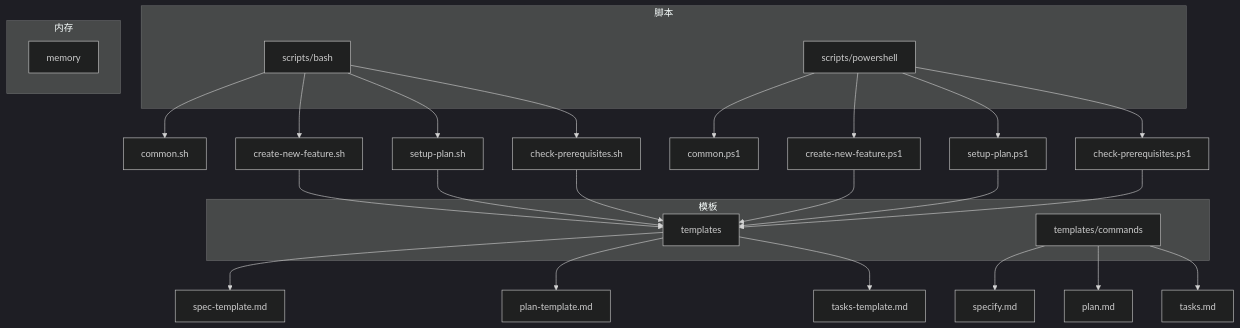
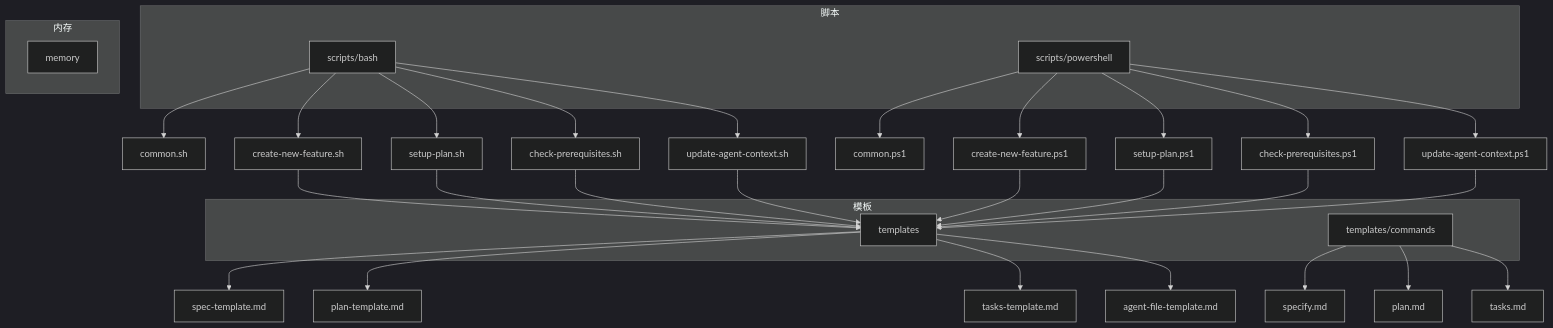
One commit to afanty2021/spec-kit changed the first of 7 diagrams in .qoder/repowiki/zh/content/脚本系统/脚本系统.md. Above: the diagram before and after it, drawn with Mermaid (dark theme). The commit also changed other lines of this file and 18 other files, not shown here.

````diff
--- a/.qoder/repowiki/zh/content/脚本系统/脚本系统.md
+++ b/.qoder/repowiki/zh/content/脚本系统/脚本系统.md
@@ -38,34 +49,39 @@
 ```mermaid
 graph TB
 subgraph "脚本"
 Bash[scripts/bash]
 PowerShell[scripts/powershell]
 end
 subgraph "模板"
 Templates[templates]
 Commands[templates/commands]
 end
 subgraph "内存"
 Memory[memory]
 end
 Bash --> Common[common.sh]
 PowerShell --> CommonPS[common.ps1]
 Bash --> CreateFeature[create-new-feature.sh]
 Bash --> SetupPlan[setup-plan.sh]
 Bash --> CheckPrereq[check-prerequisites.sh]
+Bash --> UpdateAgent[update-agent-context.sh]
 PowerShell --> CreateFeaturePS[create-new-feature.ps1]
 PowerShell --> SetupPlanPS[setup-plan.ps1]
 PowerShell --> CheckPrereqPS[check-prerequisites.ps1]
+PowerShell --> UpdateAgentPS[update-agent-context.ps1]
 Templates --> SpecTemplate[spec-template.md]
 Templates --> PlanTemplate[plan-template.md]
 Templates --> TasksTemplate[tasks-template.md]
+Templates --> AgentTemplate[agent-file-template.md]
 Commands --> SpecifyCmd[specify.md]
 Commands --> PlanCmd[plan.md]
 Commands --> TasksCmd[tasks.md]
 CreateFeature --> Templates
 SetupPlan --> Templates
 CheckPrereq --> Templates
+UpdateAgent --> Templates
 CreateFeaturePS --> Templates
 SetupPlanPS --> Templates
 CheckPrereqPS --> Templates
+UpdateAgentPS --> Templates
 ```
````
